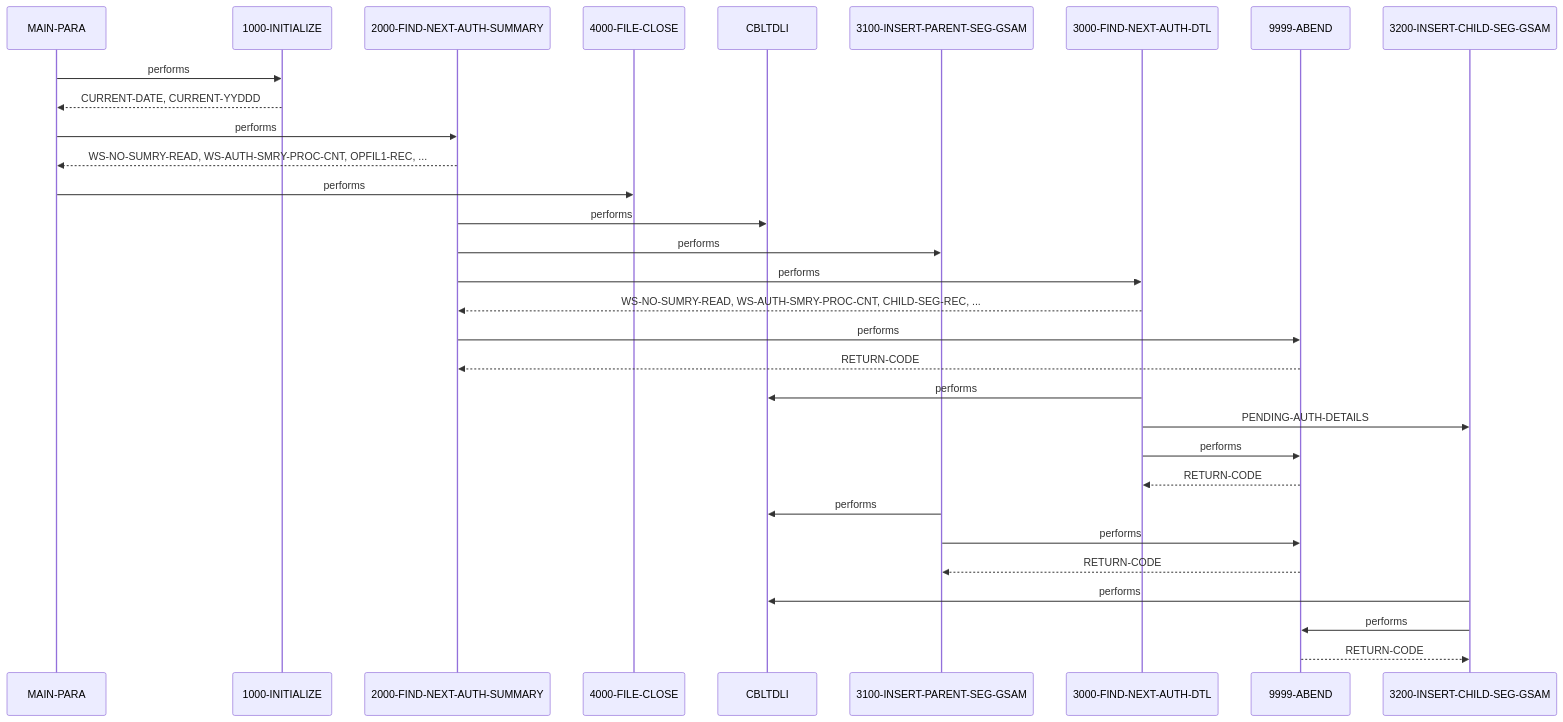
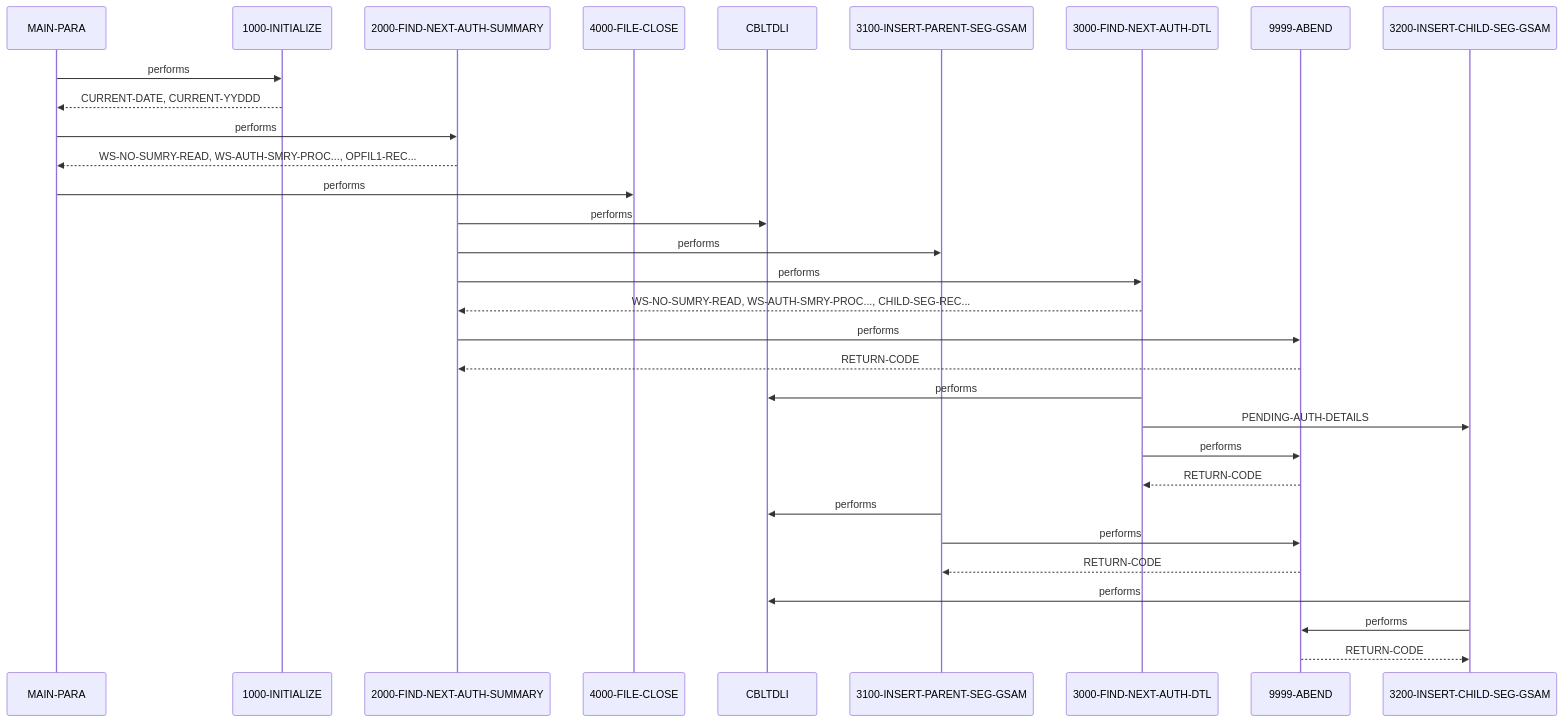
One commit to andrasfe/war_rig changed the diagram in example_output/documentation/cbl/DBUNLDGS.CBL.md. Above: the diagram before and after it, drawn with Mermaid. The commit also changed other lines of this file and 35 other files, not shown here.

````diff
--- a/example_output/documentation/cbl/DBUNLDGS.CBL.md
+++ b/example_output/documentation/cbl/DBUNLDGS.CBL.md
@@ -107,24 +181,24 @@
 ```mermaid
 sequenceDiagram
     MAIN-PARA->>1000-INITIALIZE: performs
     1000-INITIALIZE-->>MAIN-PARA: CURRENT-DATE, CURRENT-YYDDD
     MAIN-PARA->>2000-FIND-NEXT-AUTH-SUMMARY: performs
-    2000-FIND-NEXT-AUTH-SUMMARY-->>MAIN-PARA: WS-NO-SUMRY-READ, WS-AUTH-SMRY-PROC-CNT, OPFIL1-REC, ...
+    2000-FIND-NEXT-AUTH-SUMMARY-->>MAIN-PARA: WS-NO-SUMRY-READ, WS-AUTH-SMRY-PROC..., OPFIL1-REC...
     MAIN-PARA->>4000-FILE-CLOSE: performs
     2000-FIND-NEXT-AUTH-SUMMARY->>CBLTDLI: performs
     2000-FIND-NEXT-AUTH-SUMMARY->>3100-INSERT-PARENT-SEG-GSAM: performs
     2000-FIND-NEXT-AUTH-SUMMARY->>3000-FIND-NEXT-AUTH-DTL: performs
-    3000-FIND-NEXT-AUTH-DTL-->>2000-FIND-NEXT-AUTH-SUMMARY: WS-NO-SUMRY-READ, WS-AUTH-SMRY-PROC-CNT, CHILD-SEG-REC, ...
+    3000-FIND-NEXT-AUTH-DTL-->>2000-FIND-NEXT-AUTH-SUMMARY: WS-NO-SUMRY-READ, WS-AUTH-SMRY-PROC..., CHILD-SEG-REC...
     2000-FIND-NEXT-AUTH-SUMMARY->>9999-ABEND: performs
     9999-ABEND-->>2000-FIND-NEXT-AUTH-SUMMARY: RETURN-CODE
     3000-FIND-NEXT-AUTH-DTL->>CBLTDLI: performs
     3000-FIND-NEXT-AUTH-DTL->>3200-INSERT-CHILD-SEG-GSAM: PENDING-AUTH-DETAILS
     3000-FIND-NEXT-AUTH-DTL->>9999-ABEND: performs
     9999-ABEND-->>3000-FIND-NEXT-AUTH-DTL: RETURN-CODE
     3100-INSERT-PARENT-SEG-GSAM->>CBLTDLI: performs
     3100-INSERT-PARENT-SEG-GSAM->>9999-ABEND: performs
     9999-ABEND-->>3100-INSERT-PARENT-SEG-GSAM: RETURN-CODE
     3200-INSERT-CHILD-SEG-GSAM->>CBLTDLI: performs
     3200-INSERT-CHILD-SEG-GSAM->>9999-ABEND: performs
     9999-ABEND-->>3200-INSERT-CHILD-SEG-GSAM: RETURN-CODE
 ```
````
